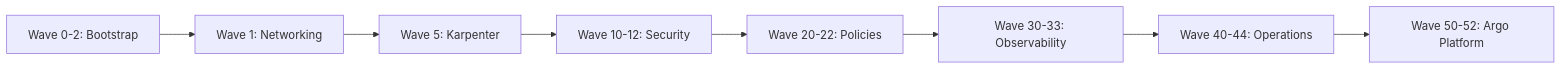
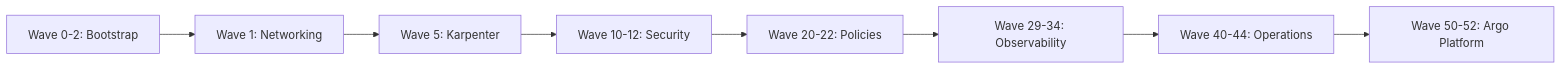
One commit to nanohype/eks-gitops changed the second of 2 diagrams in docs/architecture/overview.md. Above: the diagram before and after it, drawn with Mermaid. The commit also changed other lines of this file and 27 other files, not shown here.

````diff
--- a/docs/architecture/overview.md
+++ b/docs/architecture/overview.md
@@ -64,10 +64,10 @@
 ```mermaid
 graph LR
     A[Wave 0-2: Bootstrap] --> B[Wave 1: Networking]
     B --> C[Wave 5: Karpenter]
     C --> D[Wave 10-12: Security]
     D --> E[Wave 20-22: Policies]
-    E --> F[Wave 30-33: Observability]
+    E --> F[Wave 29-34: Observability]
     F --> G[Wave 40-44: Operations]
     G --> H[Wave 50-52: Argo Platform]
 ```
````
